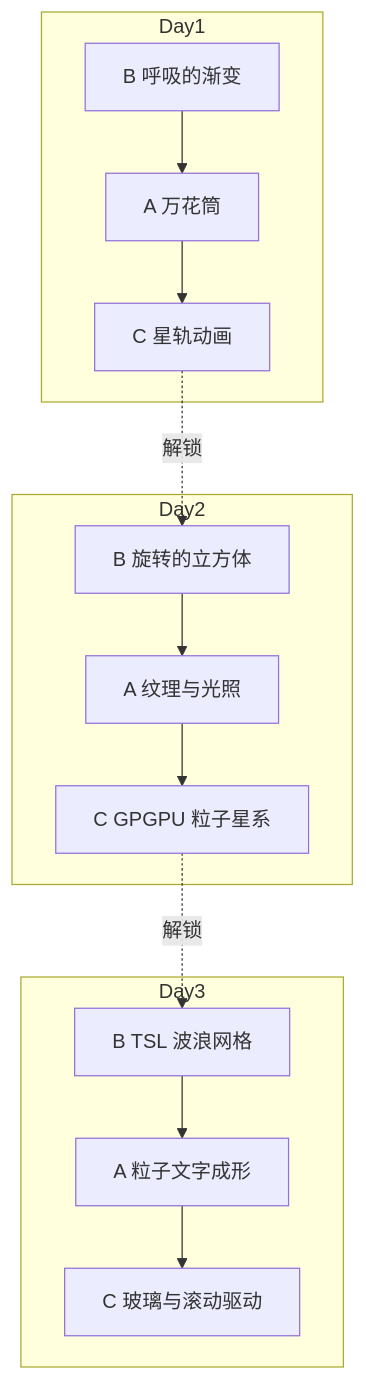
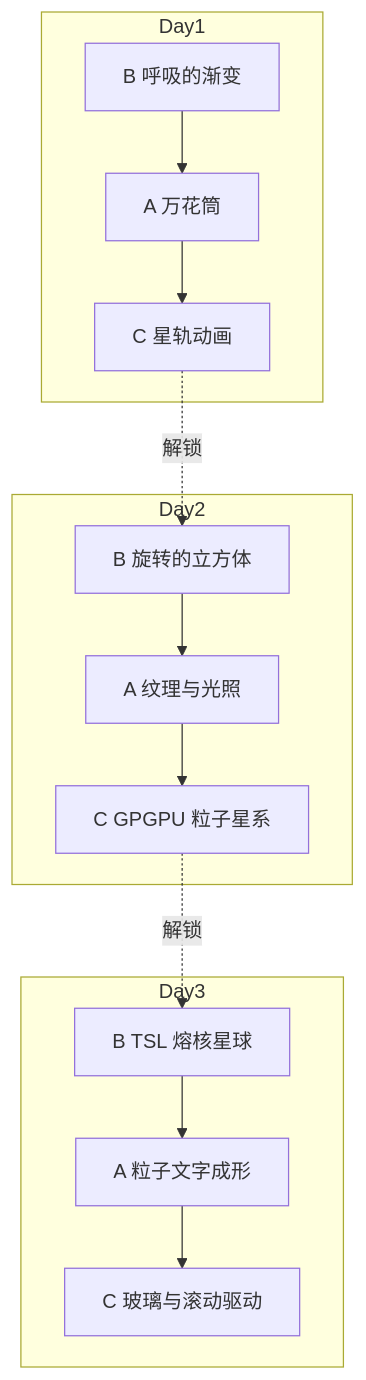
One commit to onlyLucky/LLM_Wiki changed the second of 2 diagrams in learning/前端/webgpu/00-课程计划与学习地图.md. Above: the diagram before and after it, drawn with Mermaid. The commit also changed 141 other files, not shown here.

````diff
--- a/learning/前端/webgpu/00-课程计划与学习地图.md
+++ b/learning/前端/webgpu/00-课程计划与学习地图.md
@@ -69,14 +69,14 @@
 ```mermaid
 flowchart TD
     subgraph Day1
         A1[B 呼吸的渐变] --> A2[A 万花筒] --> A3[C 星轨动画]
     end
     subgraph Day2
         B1[B 旋转的立方体] --> B2[A 纹理与光照] --> B3[C GPGPU 粒子星系]
     end
     subgraph Day3
-        C1[B TSL 波浪网格] --> C2[A 粒子文字成形] --> C3[C 玻璃与滚动驱动]
+        C1[B TSL 熔核星球] --> C2[A 粒子文字成形] --> C3[C 玻璃与滚动驱动]
     end
     A3 -.解锁.-> B1
     B3 -.解锁.-> C1
 ```
````
